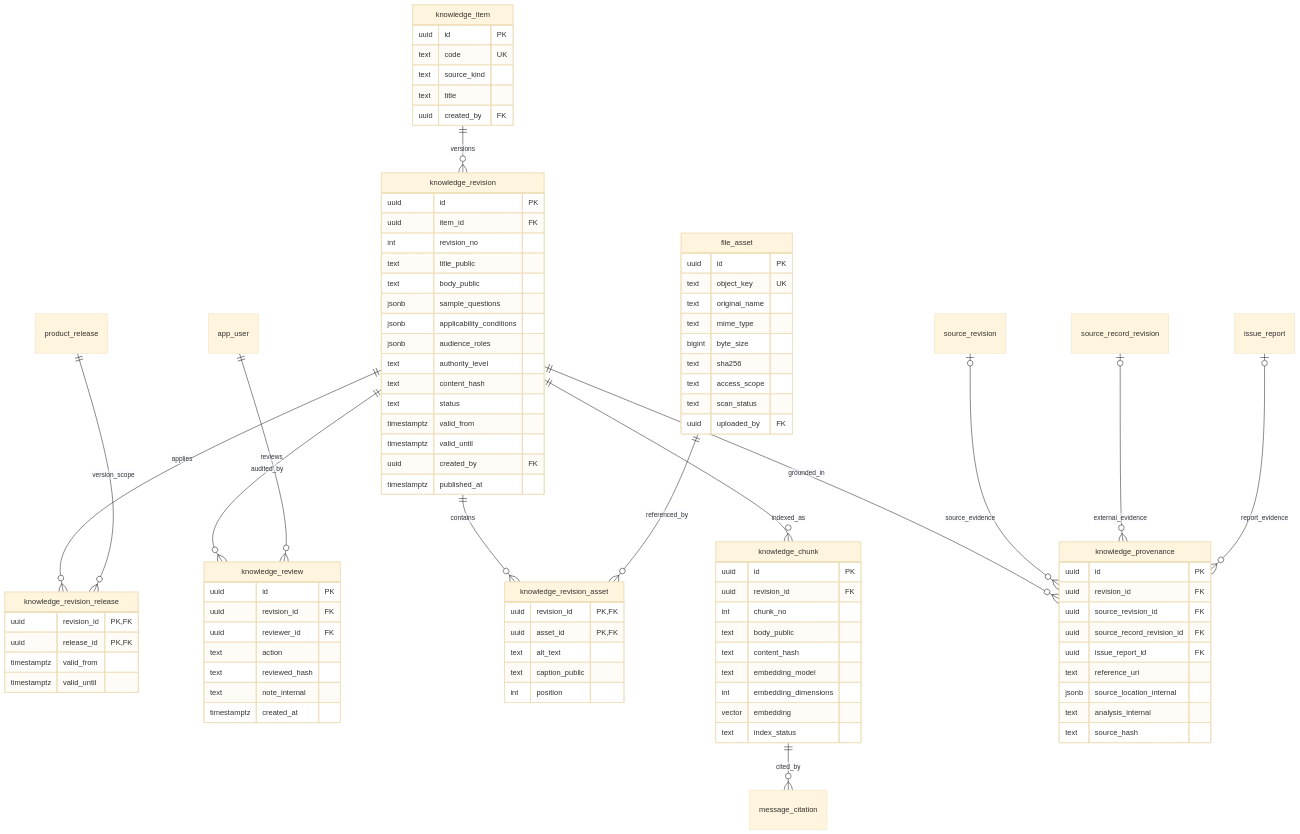
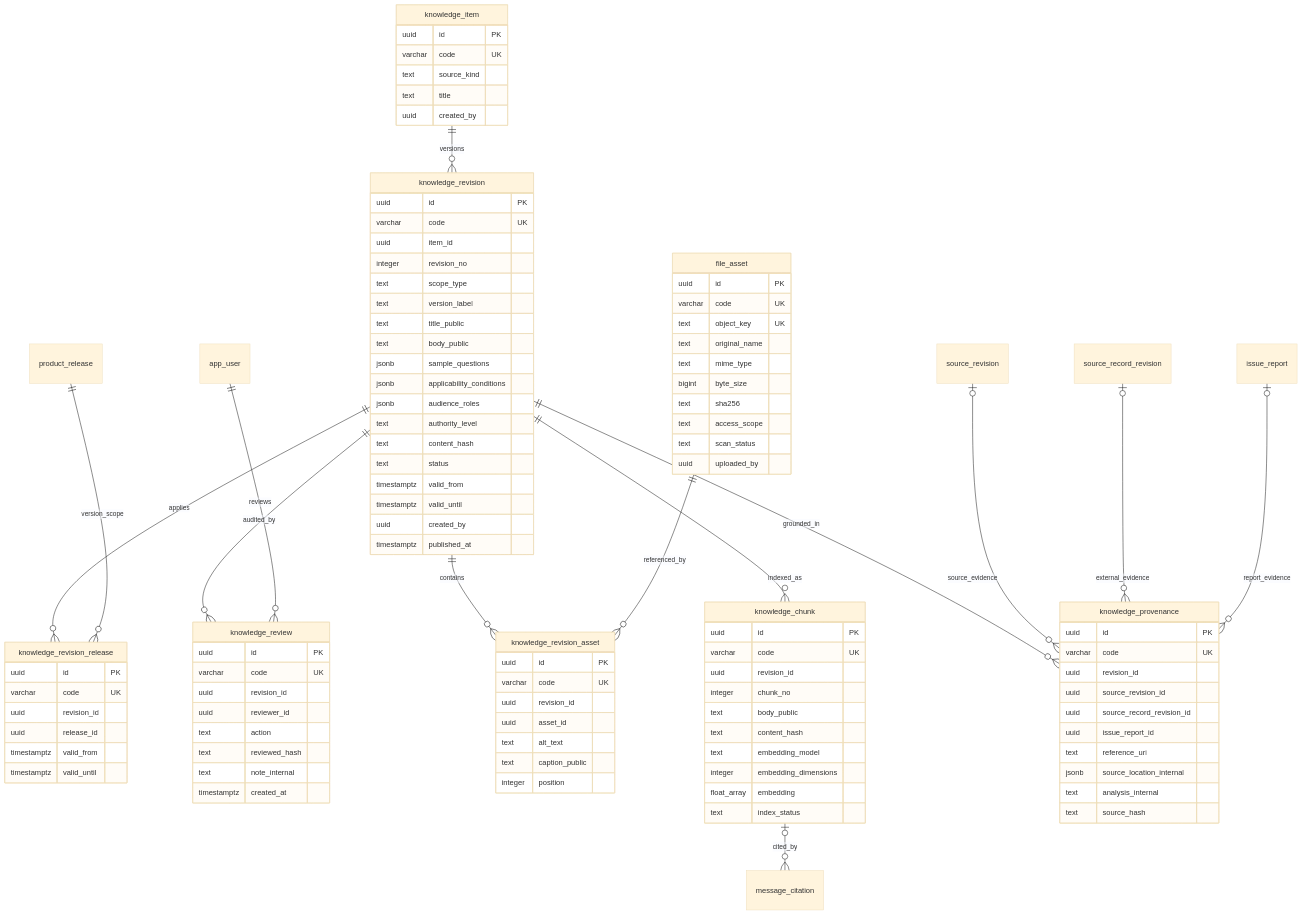
Before and after one commit to hoangduongZ/AI-integration: the third of 4 diagrams in docs/erd.md, drawn with Mermaid (base theme). The commit also changed other lines of this file and 30 other files, not shown here.

```diff
--- a/docs/erd.md
+++ b/docs/erd.md
@@ -229,15 +242,18 @@
 erDiagram
     knowledge_item {
         uuid id PK
-        text code UK
+        varchar code UK
         text source_kind
         text title
-        uuid created_by FK
+        uuid created_by
     }
     knowledge_revision {
         uuid id PK
-        uuid item_id FK
-        int revision_no
+        varchar code UK
+        uuid item_id
+        integer revision_no
+        text scope_type
+        text version_label
         text title_public
         text body_public
         jsonb sample_questions
@@ -248,19 +264,22 @@
         text status
         timestamptz valid_from
         timestamptz valid_until
-        uuid created_by FK
+        uuid created_by
         timestamptz published_at
     }
     knowledge_revision_release {
-        uuid revision_id PK,FK
-        uuid release_id PK,FK
+        uuid id PK
+        varchar code UK
+        uuid revision_id
+        uuid release_id
         timestamptz valid_from
         timestamptz valid_until
     }
     knowledge_review {
         uuid id PK
-        uuid revision_id FK
-        uuid reviewer_id FK
+        varchar code UK
+        uuid revision_id
+        uuid reviewer_id
         text action
         text reviewed_hash
         text note_internal
@@ -268,6 +287,7 @@
     }
     file_asset {
         uuid id PK
+        varchar code UK
         text object_key UK
         text original_name
         text mime_type
@@ -275,32 +295,36 @@
         text sha256
         text access_scope
         text scan_status
-        uuid uploaded_by FK
+        uuid uploaded_by
     }
     knowledge_revision_asset {
-        uuid revision_id PK,FK
-        uuid asset_id PK,FK
+        uuid id PK
+        varchar code UK
+        uuid revision_id
+        uuid asset_id
         text alt_text
         text caption_public
-        int position
+        integer position
     }
     knowledge_chunk {
         uuid id PK
-        uuid revision_id FK
-        int chunk_no
+        varchar code UK
+        uuid revision_id
+        integer chunk_no
         text body_public
         text content_hash
         text embedding_model
-        int embedding_dimensions
-        vector embedding
+        integer embedding_dimensions
+        float_array embedding
         text index_status
     }
     knowledge_provenance {
         uuid id PK
-        uuid revision_id FK
-        uuid source_revision_id FK
-        uuid source_record_revision_id FK
-        uuid issue_report_id FK
+        varchar code UK
+        uuid revision_id
+        uuid source_revision_id
+        uuid source_record_revision_id
+        uuid issue_report_id
         text reference_uri
         jsonb source_location_internal
         text analysis_internal
@@ -314,7 +338,7 @@
     knowledge_revision ||--o{ knowledge_revision_asset : contains
     file_asset ||--o{ knowledge_revision_asset : referenced_by
     knowledge_revision ||--o{ knowledge_chunk : indexed_as
-    knowledge_chunk ||--o{ message_citation : cited_by
+    knowledge_chunk o|--o{ message_citation : cited_by
     knowledge_revision ||--o{ knowledge_provenance : grounded_in
     source_revision o|--o{ knowledge_provenance : source_evidence
     source_record_revision o|--o{ knowledge_provenance : external_evidence
```
